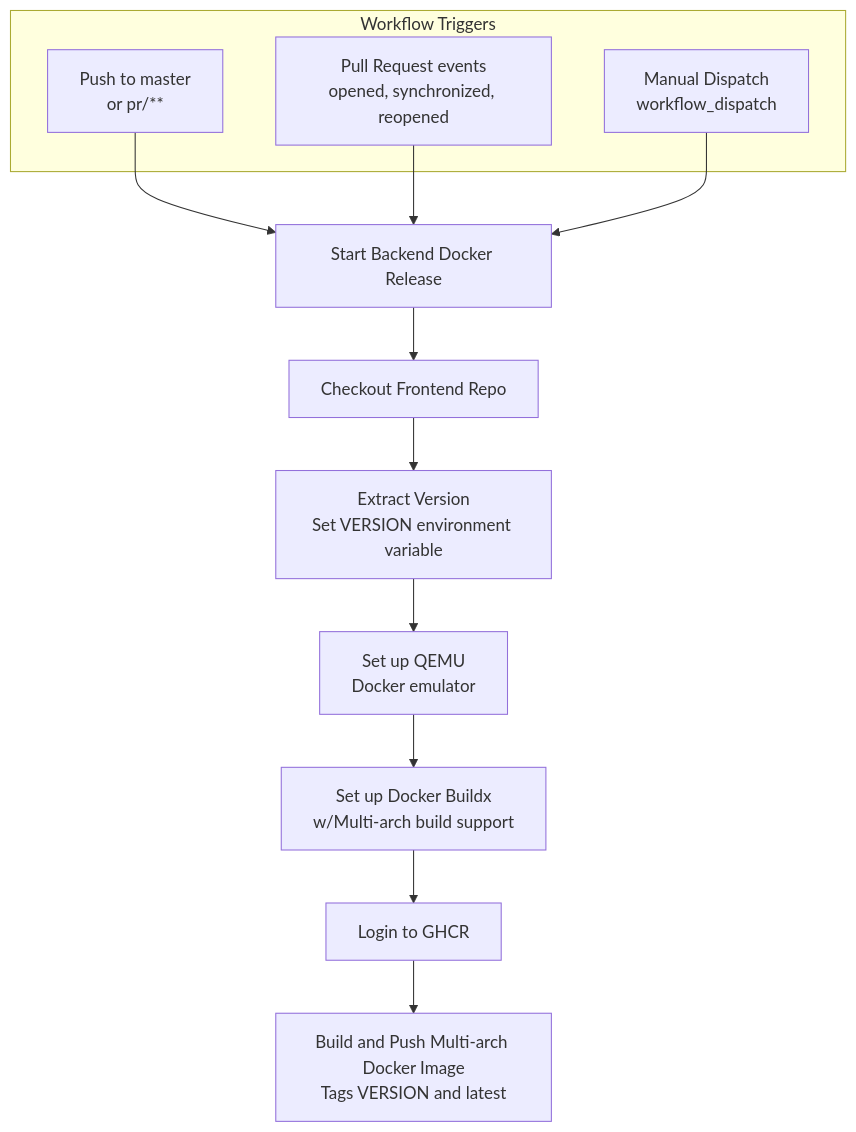
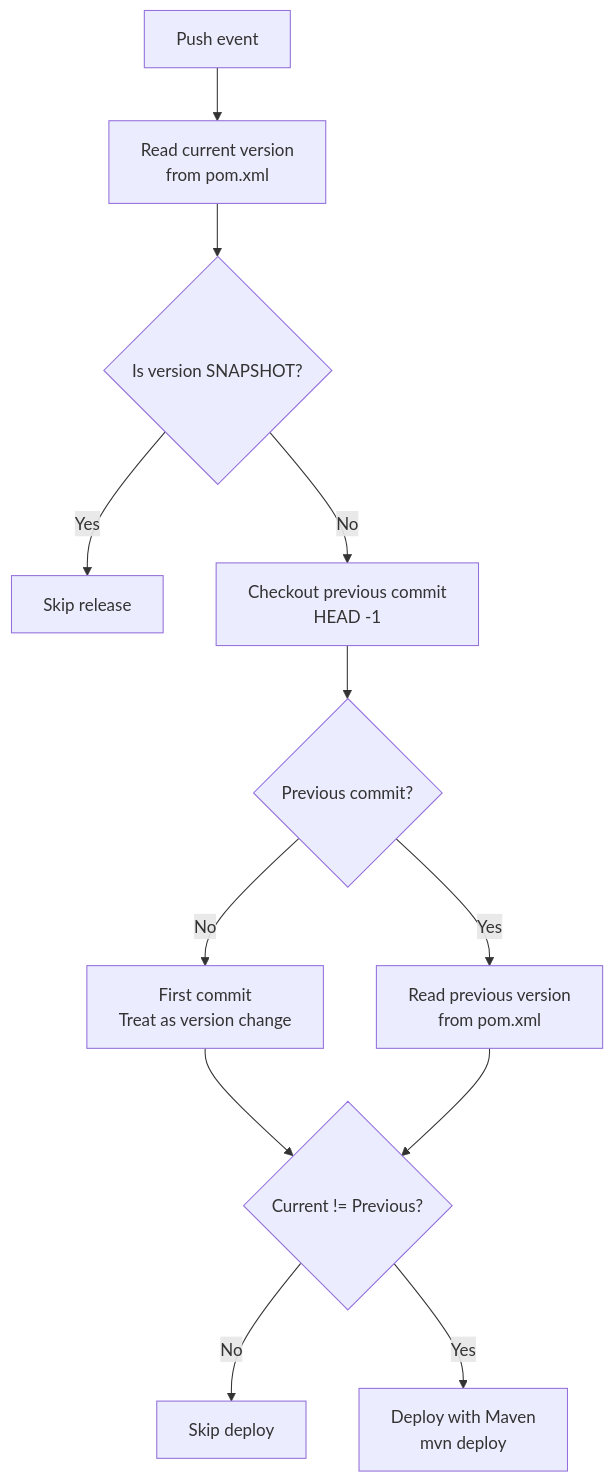
The second of 2 diagrams in README.md (doda2025-team14/operation), drawn with Mermaid before and after one commit. The commit also changed other lines of this file, not shown here.

Commit message:
Improved README Visuals

````diff
--- a/README.md
+++ b/README.md
@@ -172,23 +170,21 @@
 ```mermaid
 flowchart TD
-    %% Workflow Trigger Region
-    subgraph TRIGGERS [Workflow Triggers]
-        TM[Push to master<br/>or pr/**] 
-        TP[Pull Request events<br/>opened, synchronized, reopened] 
-        TD[Manual Dispatch<br/>workflow_dispatch] 
-    end
+    A[Push event]
+    A --> D[Read current version<br/>from pom.xml]
 
-    %% Connect triggers to the job
-    TM --> C[Start Backend Docker Release]
-    TP --> C
-    TD --> C
+    D --> E{Is version SNAPSHOT?}
+    E -- Yes --> F[Skip release]
+    E -- No --> G[Checkout previous commit<br/>HEAD -1]
 
-    %% Job steps
+    G --> H{Previous commit?}
+    H -- No --> I[First commit<br/>Treat as version change]
+    H -- Yes --> J[Read previous version<br/>from pom.xml]
 
-    C --> D[Checkout Frontend Repo]
-    D --> E[Extract Version<br/>Set VERSION environment variable]
-    E --> F[Set up QEMU<br/>Docker emulator]
-    F --> G[Set up Docker Buildx<br/> w/Multi-arch build support]
-    G --> H[Login to GHCR]
-    H --> I[Build and Push Multi-arch Docker Image<br/>Tags VERSION and latest]
+    I --> K{Current != Previous?}
+    J --> K{Current != Previous?}
+
+    K -- No --> L[Skip deploy]
+    K -- Yes --> Q
+
+   Q[Deploy with Maven<br/>mvn deploy]
 ```
````
